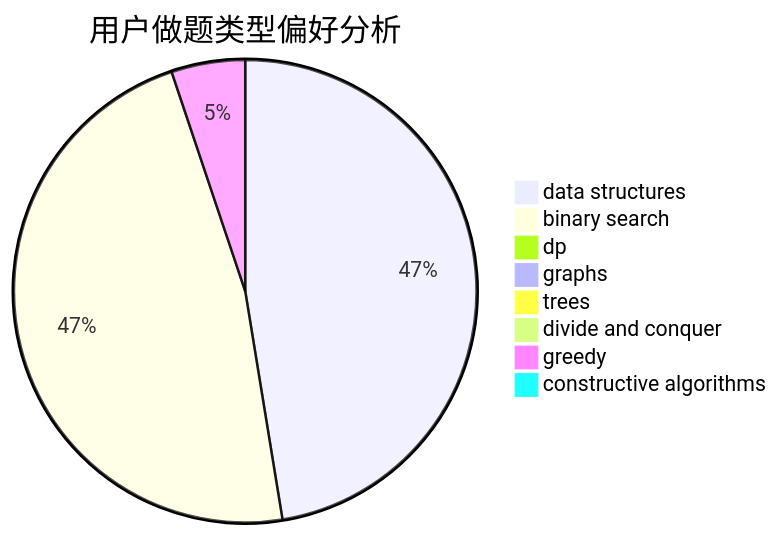
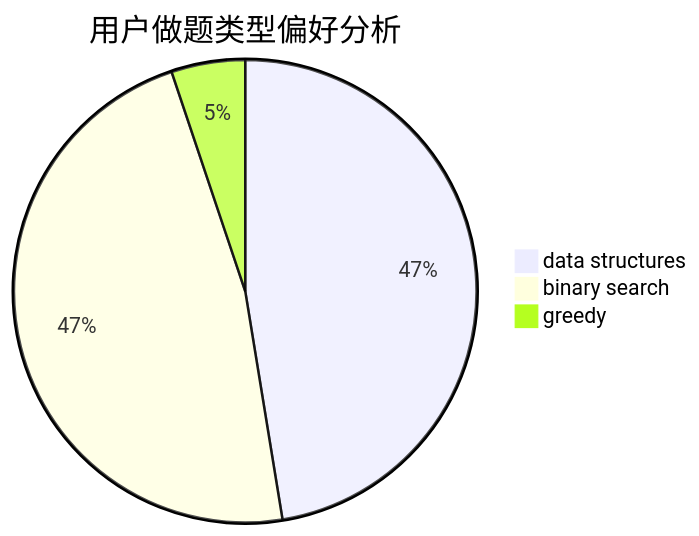
One commit to sherpahu/cfrs.github.io changed the second of 3 diagrams in docs/user/u300.md. Above: the diagram before and after it, drawn with Mermaid. The commit also changed other lines of this file and 2770 other files, not shown here.

````diff
--- a/docs/user/u300.md
+++ b/docs/user/u300.md
@@ -18,11 +15,6 @@
 ```mermaid
 pie title 用户做题类型偏好分析
     "data structures" :  46
     "binary search" :  46
-    "dp" :  0
-    "graphs" :  0
-    "trees" :  0
-    "divide and conquer" :  0
     "greedy" :  5
-    "constructive algorithms" :  0
 ```
````
